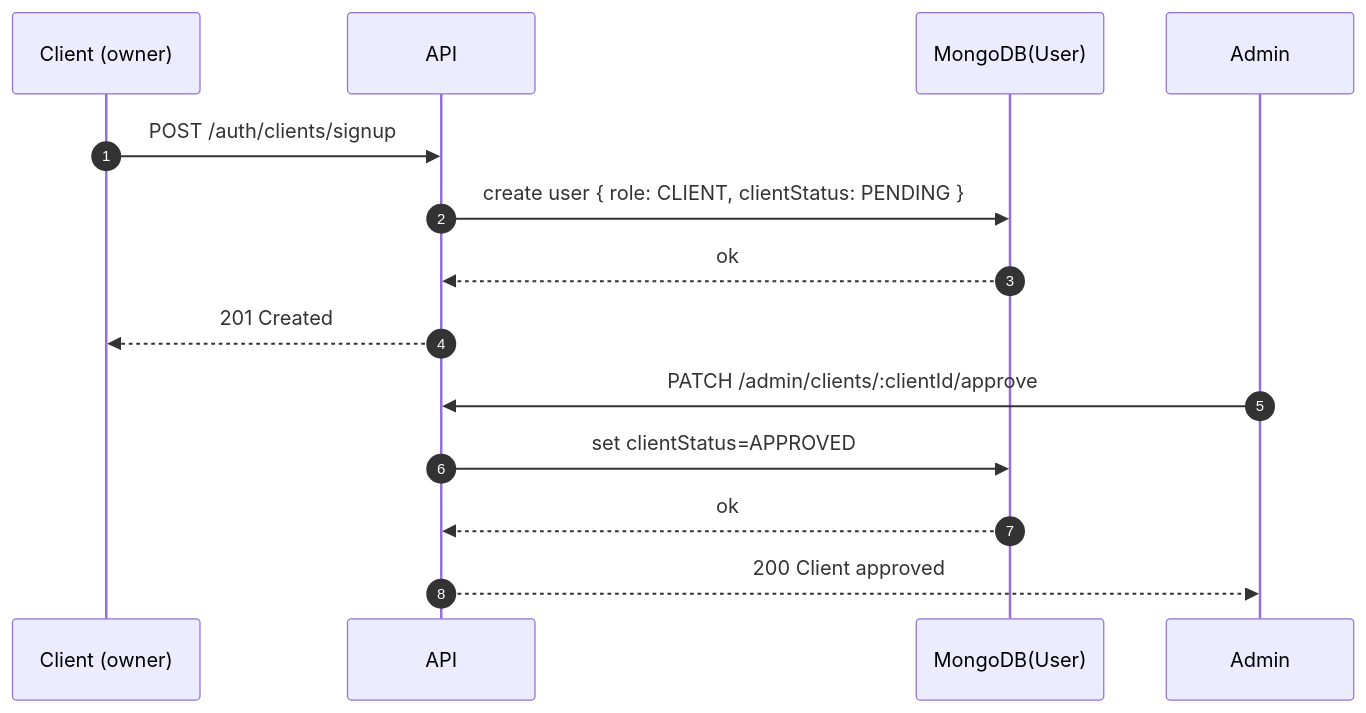
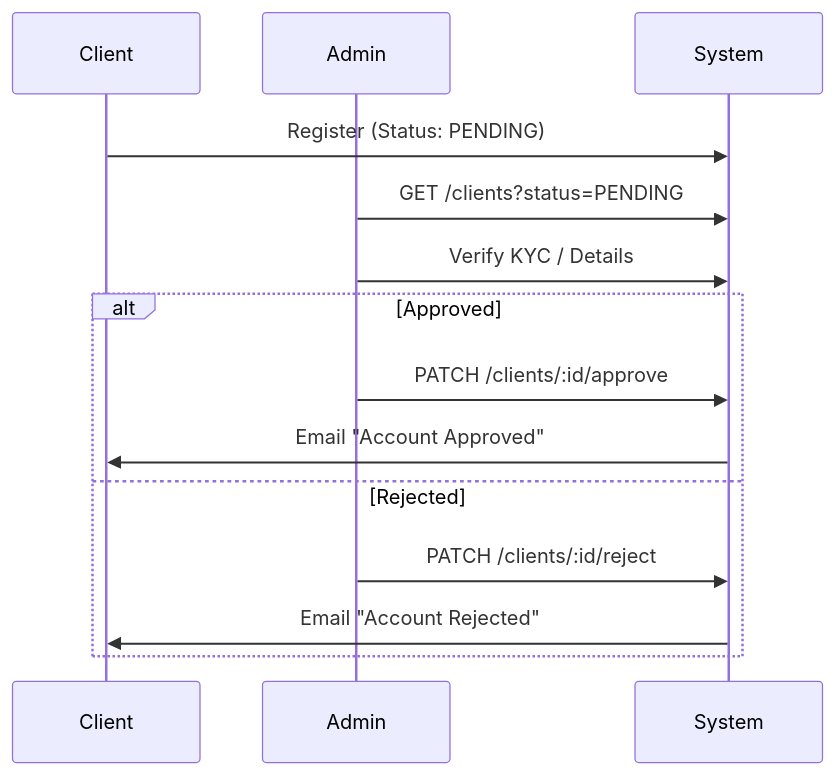
One commit to Somilg11/movie-booking changed the diagram in docs/admin.docs.md. Above: the diagram before and after it, drawn with Mermaid. The commit also changed other lines of this file and 36 other files, not shown here.

````diff
--- a/docs/admin.docs.md
+++ b/docs/admin.docs.md
@@ -79,18 +8,16 @@
 ```mermaid
 sequenceDiagram
-  autonumber
-  participant C as Client (owner)
-  participant A as API
-  participant U as MongoDB(User)
-  participant AD as Admin
-
-  C->>A: POST /auth/clients/signup
-  A->>U: create user { role: CLIENT, clientStatus: PENDING }
-  U-->>A: ok
-  A-->>C: 201 Created
-
-  AD->>A: PATCH /admin/clients/:clientId/approve
-  A->>U: set clientStatus=APPROVED
-  U-->>A: ok
-  A-->>AD: 200 Client approved
+    participant Client
+    participant Admin
+    
+    Client->>System: Register (Status: PENDING)
+    Admin->>System: GET /clients?status=PENDING
+    Admin->>System: Verify KYC / Details
+    alt Approved
+        Admin->>System: PATCH /clients/:id/approve
+        System->>Client: Email "Account Approved"
+    else Rejected
+        Admin->>System: PATCH /clients/:id/reject
+        System->>Client: Email "Account Rejected"
+    end
 ```
````
